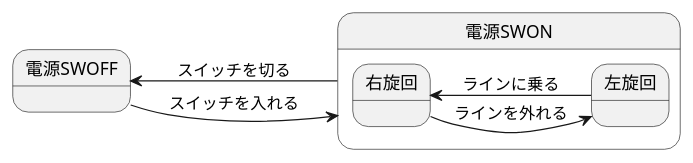
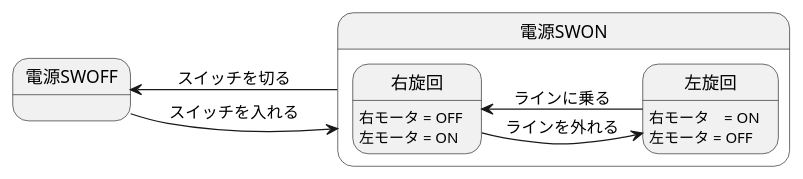
One commit to mimoza126/uml-introduction changed the diagram in 課題/6章/演習6-5-3_ステートマシン図_ライントレーサー.pu. Above: the diagram before and after it, drawn with PlantUML.

Commit message:
演習6の修正

```diff
--- a/課題/6章/演習6-5-3_ステートマシン図_ライントレーサー.pu
+++ b/課題/6章/演習6-5-3_ステートマシン図_ライントレーサー.pu
@@ -1,18 +1,20 @@
 @startuml 演習6-5-3_ステートマシン図_ライントレーサー
 left to right direction
 state 電源SWON{
     state 右旋回{
-    
+        右旋回: 右モータ = OFF
+        右旋回: 左モータ = ON 
     }
     state 左旋回{
-
+        左旋回: 右モータ　= ON
+        左旋回: 左モータ = OFF
     }
 }
 state 電源SWOFF
 電源SWOFF --> 電源SWON : スイッチを入れる
 電源SWOFF <-- 電源SWON : スイッチを切る
 右旋回 --> 左旋回 :ラインを外れる
 
 右旋回 <-- 左旋回 :ラインに乗る
 
 @enduml
```
